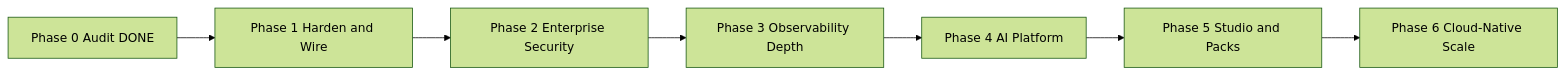
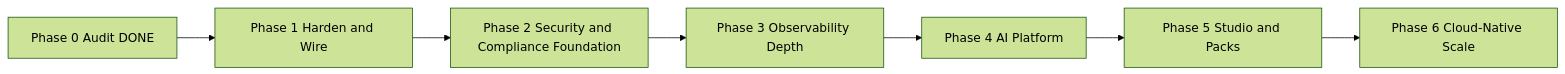
The diagram in docs/governance/FROZEN_ROADMAP.md (asoftechinsightz/ObsEdge360), drawn with Mermaid (forest theme) before and after one commit. The commit also changed other lines of this file and 18 other files, not shown here.

First line of the commit message:
docs(phase2): approve planning pack for Security & Compliance Foundation

````diff
--- a/docs/governance/FROZEN_ROADMAP.md
+++ b/docs/governance/FROZEN_ROADMAP.md
@@ -34,9 +34,9 @@
 ```mermaid
 flowchart LR
   P0[Phase 0 Audit DONE] --> P1[Phase 1 Harden and Wire]
-  P1 --> P2[Phase 2 Enterprise Security]
+  P1 --> P2[Phase 2 Security and Compliance Foundation]
   P2 --> P3[Phase 3 Observability Depth]
   P3 --> P4[Phase 4 AI Platform]
   P4 --> P5[Phase 5 Studio and Packs]
   P5 --> P6[Phase 6 Cloud-Native Scale]
 ```
````
